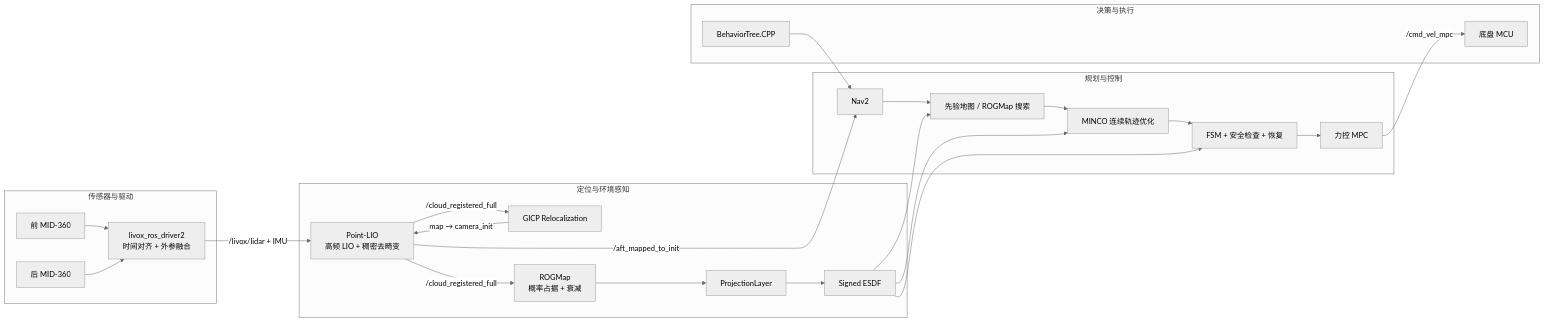
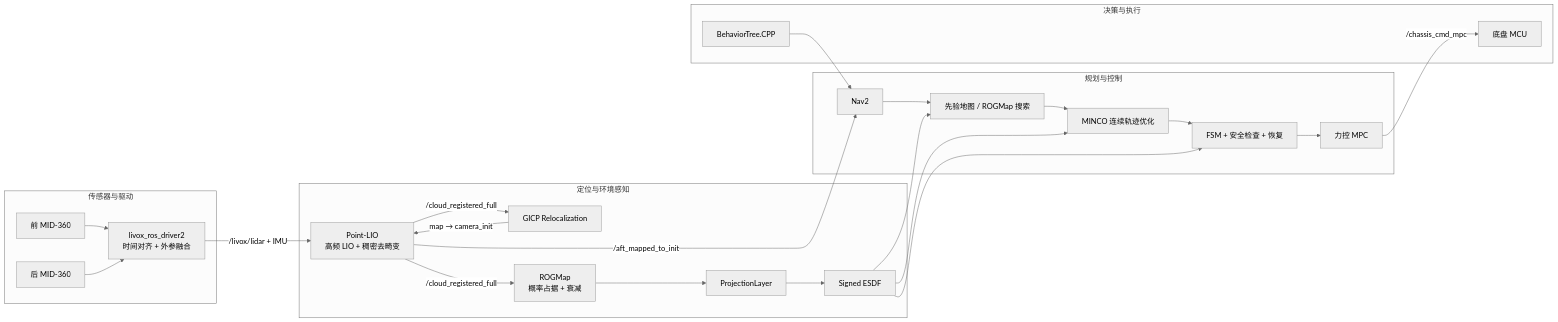
One commit to Wanqiq7/Pldx_ws changed the first of 2 diagrams in README.md. Above: the diagram before and after it, drawn with Mermaid (neutral theme). The commit also changed other lines of this file and 20 other files, not shown here.

````diff
--- a/README.md
+++ b/README.md
@@ -463,45 +462,45 @@
 ```mermaid
 flowchart LR
   subgraph Sensors[传感器与驱动]
     L1[前 MID-360]
     L2[后 MID-360]
     LD[livox_ros_driver2<br/>时间对齐 + 外参融合]
     L1 --> LD
     L2 --> LD
   end
 
   subgraph Perception[定位与环境感知]
     PL[Point-LIO<br/>高频 LIO + 稠密去畸变]
     ICP[GICP Relocalization]
     RM[ROGMap<br/>概率占据 + 衰减]
     PJ[ProjectionLayer]
     DF[Signed ESDF]
     LD -->|/livox/lidar + IMU| PL
     PL -->|/cloud_registered_full| ICP
     PL -->|/cloud_registered_full| RM
     ICP -->|map → camera_init| PL
     RM --> PJ --> DF
   end
 
   subgraph Navigation[规划与控制]
     N2[Nav2]
     GS[先验地图 / ROGMap 搜索]
     MO[MINCO 连续轨迹优化]
     FSM[FSM + 安全检查 + 恢复]
     MPC[力控 MPC]
     N2 --> GS
     DF --> GS
     GS --> MO --> FSM --> MPC
     DF --> MO
     DF --> FSM
   end
 
   subgraph Decision[决策与执行]
     BT[BehaviorTree.CPP]
     MCU[底盘 MCU]
     BT --> N2
-    MPC -->|/cmd_vel_mpc| MCU
+    MPC -->|/chassis_cmd_mpc| MCU
   end
 
   PL -->|/aft_mapped_to_init| N2
 ```
````
